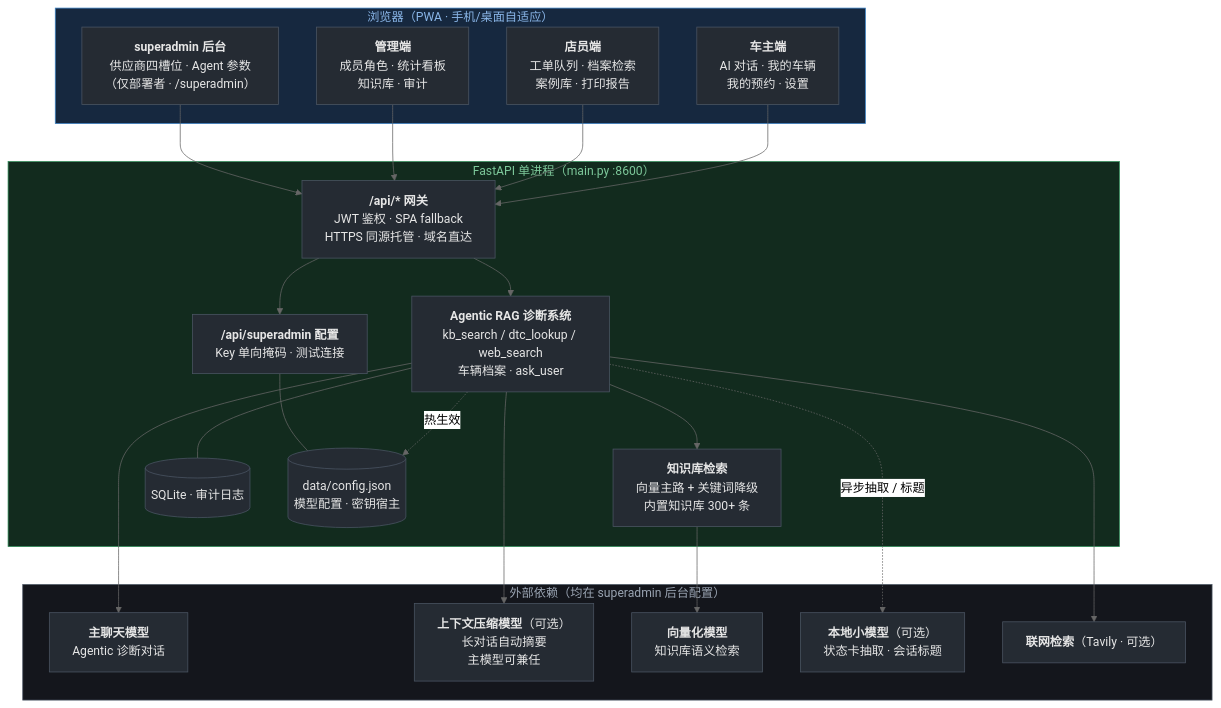
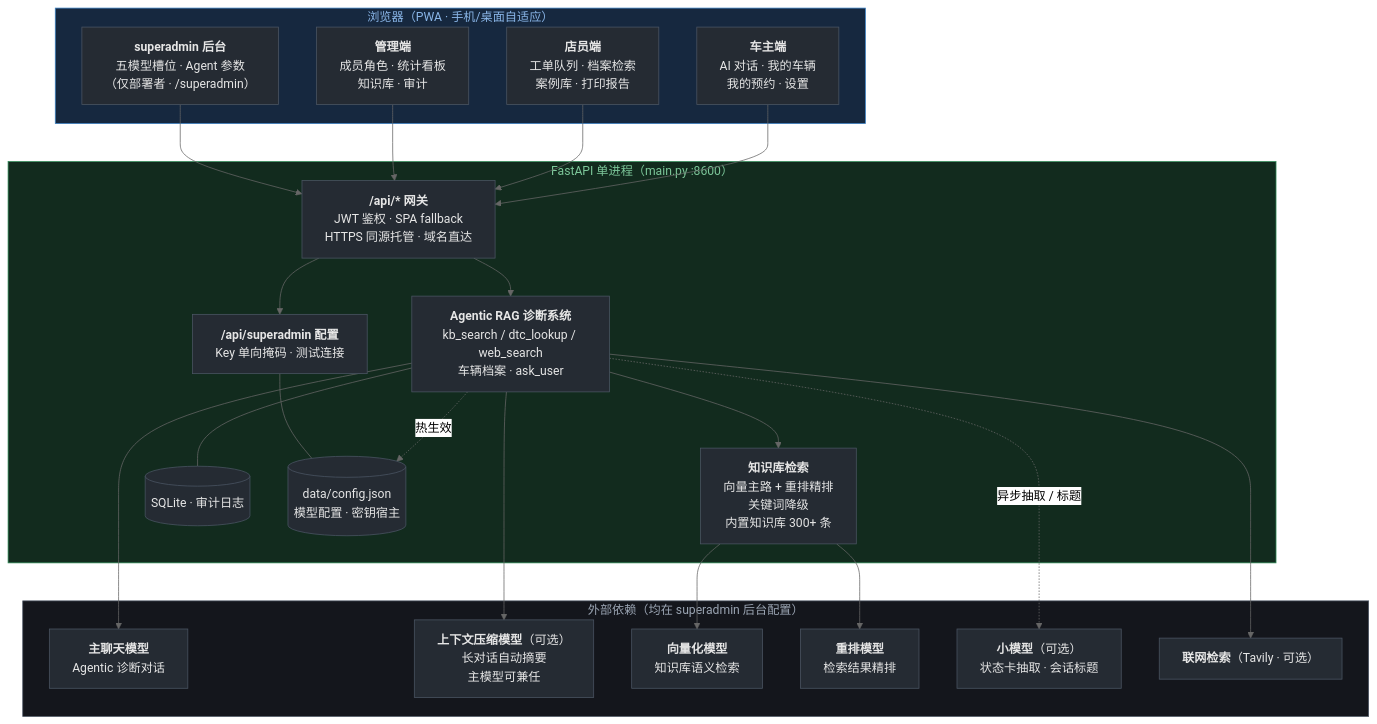
Before and after one commit to EVOL233awa/NEV-AI-Diagnostic-System: the diagram in README.md, drawn with Mermaid (neutral theme). The commit also changed other lines of this file and 14 other files, not shown here.

````diff
--- a/README.md
+++ b/README.md
@@ -11,48 +11,50 @@
 ```mermaid
 flowchart TB
     subgraph browser["浏览器（PWA · 手机/桌面自适应）"]
         B1["<b>车主端</b><br/>AI 对话 · 我的车辆<br/>我的预约 · 设置"]
         B2["<b>店员端</b><br/>工单队列 · 档案检索<br/>案例库 · 打印报告"]
         B3["<b>管理端</b><br/>成员角色 · 统计看板<br/>知识库 · 审计"]
-        B4["<b>superadmin 后台</b><br/>供应商四槽位 · Agent 参数<br/>（仅部署者 · /superadmin）"]
+        B4["<b>superadmin 后台</b><br/>五模型槽位 · Agent 参数<br/>（仅部署者 · /superadmin）"]
     end
 
     subgraph backend["FastAPI 单进程（main.py :8600）"]
         GW["<b>/api/* 网关</b><br/>JWT 鉴权 · SPA fallback<br/>HTTPS 同源托管 · 域名直达"]
         AG["<b>Agentic RAG 诊断系统</b><br/>kb_search / dtc_lookup / web_search<br/>车辆档案 · ask_user"]
-        RAG["<b>知识库检索</b><br/>向量主路 + 关键词降级<br/>内置知识库 300+ 条"]
+        RAG["<b>知识库检索</b><br/>向量主路 + 重排精排<br/>关键词降级<br/>内置知识库 300+ 条"]
         DB[("SQLite · 审计日志")]
         SA["<b>/api/superadmin 配置</b><br/>Key 单向掩码 · 测试连接"]
         CFG[("data/config.json<br/>模型配置 · 密钥宿主")]
     end
 
     subgraph deps["外部依赖（均在 superadmin 后台配置）"]
         M1["<b>主聊天模型</b><br/>Agentic 诊断对话"]
         M2["<b>上下文压缩模型</b>（可选）<br/>长对话自动摘要<br/>主模型可兼任"]
         M3["<b>向量化模型</b><br/>知识库语义检索"]
-        M4["<b>本地小模型</b>（可选）<br/>状态卡抽取 · 会话标题"]
+        M5["<b>重排模型</b><br/>检索结果精排"]
+        M4["<b>小模型</b>（可选）<br/>状态卡抽取 · 会话标题"]
         TV["<b>联网检索</b>（Tavily · 可选）"]
     end
 
     B1 --> GW
     B2 --> GW
     B3 --> GW
     B4 --> GW
     GW --> AG
     GW --> SA
     AG --> RAG
     AG --- DB
     AG -. "热生效" .-> CFG
     SA --- CFG
     AG --> M1
     AG --> M2
     AG --> TV
     AG -. "异步抽取 / 标题" .-> M4
     RAG --> M3
+    RAG --> M5
 
     classDef node fill:#252b33,stroke:#4b5563,color:#e6e6e6
-    class B1,B2,B3,B4,GW,AG,RAG,DB,SA,CFG,M1,M2,M3,M4,TV node
+    class B1,B2,B3,B4,GW,AG,RAG,DB,SA,CFG,M1,M2,M3,M4,M5,TV node
     style browser fill:#16283f,stroke:#3b82c4,color:#8ab6e8
     style backend fill:#122b1e,stroke:#2e8b57,color:#7dc79a
     style deps fill:#14161c,stroke:#4b5563,color:#9aa4b2
 ```
````
